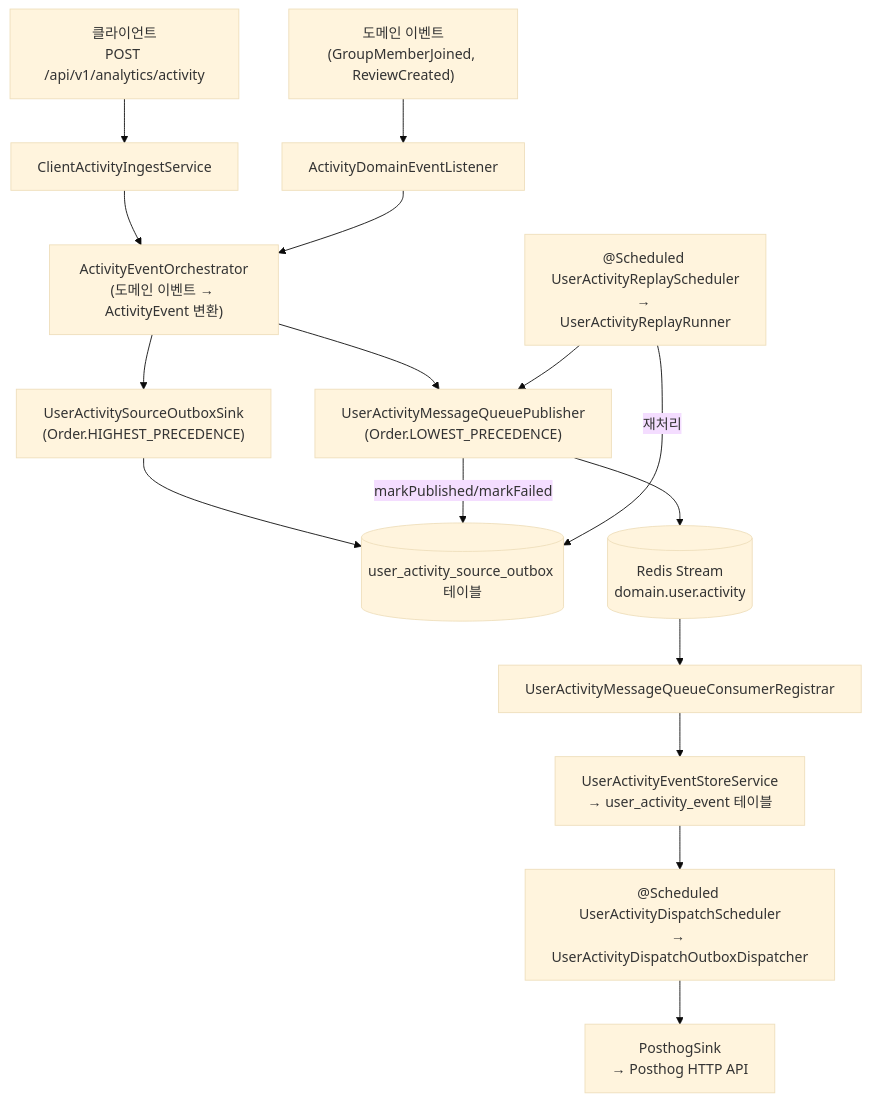
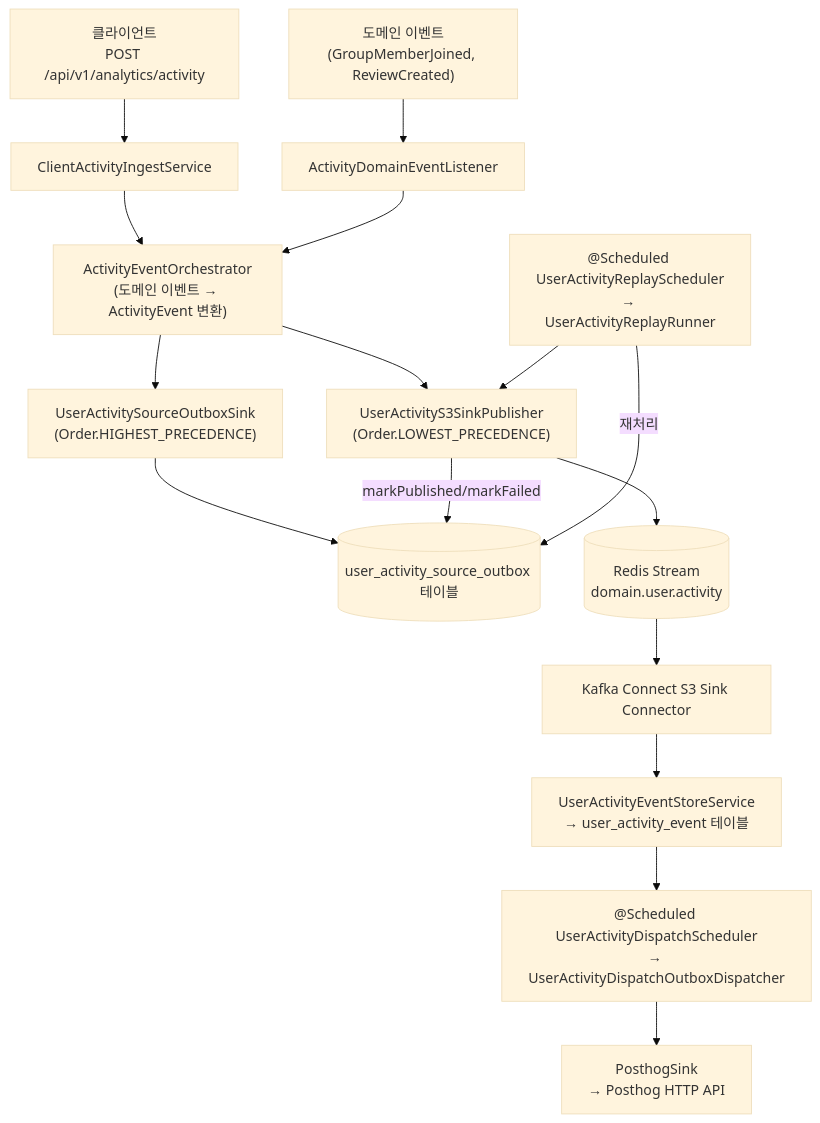
Before and after one commit to 100-hours-a-week/3-team-Tasteam-be: the fourth of 11 diagrams in docs/spec/tech/message-queue/async-observability.md, drawn with Mermaid (base theme). The commit also changed 29 other files, not shown here.

````diff
--- a/docs/spec/tech/message-queue/async-observability.md
+++ b/docs/spec/tech/message-queue/async-observability.md
@@ -105,26 +105,26 @@
 ```mermaid
 flowchart TD
     CLI["클라이언트\nPOST /api/v1/analytics/activity"]
     DE["도메인 이벤트\n(GroupMemberJoined, ReviewCreated)"]
     INGEST["ClientActivityIngestService"]
     ADL["ActivityDomainEventListener"]
     ORC["ActivityEventOrchestrator\n(도메인 이벤트 → ActivityEvent 변환)"]
     SINK1["UserActivitySourceOutboxSink\n(Order.HIGHEST_PRECEDENCE)"]
-    SINK2["UserActivityMessageQueuePublisher\n(Order.LOWEST_PRECEDENCE)"]
+    SINK2["UserActivityS3SinkPublisher\n(Order.LOWEST_PRECEDENCE)"]
     SRCOB[("user_activity_source_outbox 테이블")]
     RS2[("Redis Stream\ndomain.user.activity")]
-    UAC["UserActivityMessageQueueConsumerRegistrar"]
+    UAC["Kafka Connect S3 Sink Connector"]
     STORE["UserActivityEventStoreService\n→ user_activity_event 테이블"]
     REPLAY["@Scheduled UserActivityReplayScheduler\n→ UserActivityReplayRunner"]
     DISPATCH["@Scheduled UserActivityDispatchScheduler\n→ UserActivityDispatchOutboxDispatcher"]
     POSTHOG["PosthogSink\n→ Posthog HTTP API"]
 
     CLI --> INGEST --> ORC
     DE --> ADL --> ORC
     ORC --> SINK1 --> SRCOB
     ORC --> SINK2 --> RS2 --> UAC --> STORE
     SINK2 -->|"markPublished/markFailed"| SRCOB
     REPLAY -->|"재처리"| SRCOB
     REPLAY --> SINK2
     STORE --> DISPATCH --> POSTHOG
 ```
````
